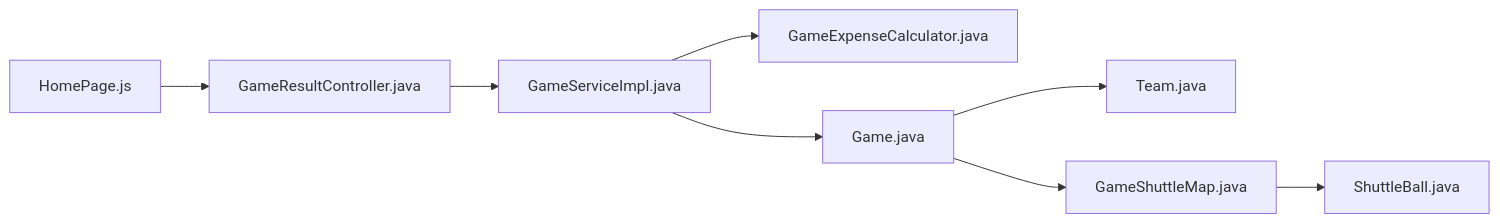
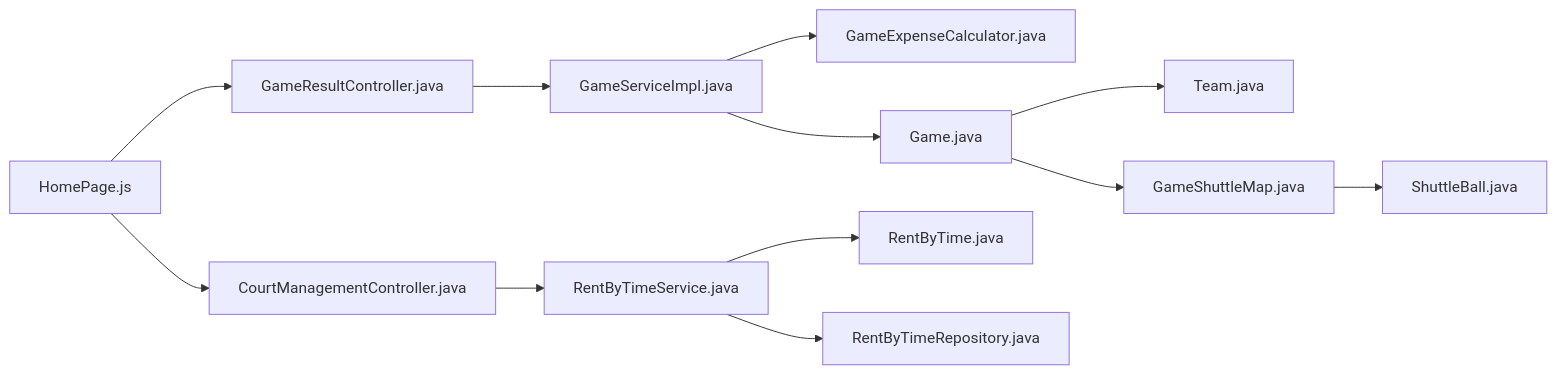
Before and after one commit to Vissel/badminton-court-management: the tenth of 10 diagrams in .qoder/repowiki/en/content/Game Management System.md, drawn with Mermaid. The commit also changed other lines of this file and 11 other files, not shown here.

````diff
--- a/.qoder/repowiki/en/content/Game Management System.md
+++ b/.qoder/repowiki/en/content/Game Management System.md
@@ -336,10 +460,14 @@
 ```mermaid
 graph LR
 HomePage["HomePage.js"] --> GameResultController["GameResultController.java"]
+HomePage --> CourtManagementController["CourtManagementController.java"]
 GameResultController --> GameServiceImpl["GameServiceImpl.java"]
+CourtManagementController --> RentByTimeService["RentByTimeService.java"]
 GameServiceImpl --> GameExpenseCalculator["GameExpenseCalculator.java"]
 GameServiceImpl --> Game["Game.java"]
+RentByTimeService --> RentByTime["RentByTime.java"]
+RentByTimeService --> RentByTimeRepository["RentByTimeRepository.java"]
 Game --> Team["Team.java"]
 Game --> GameShuttleMap["GameShuttleMap.java"]
 GameShuttleMap --> ShuttleBall["ShuttleBall.java"]
 ```
````
